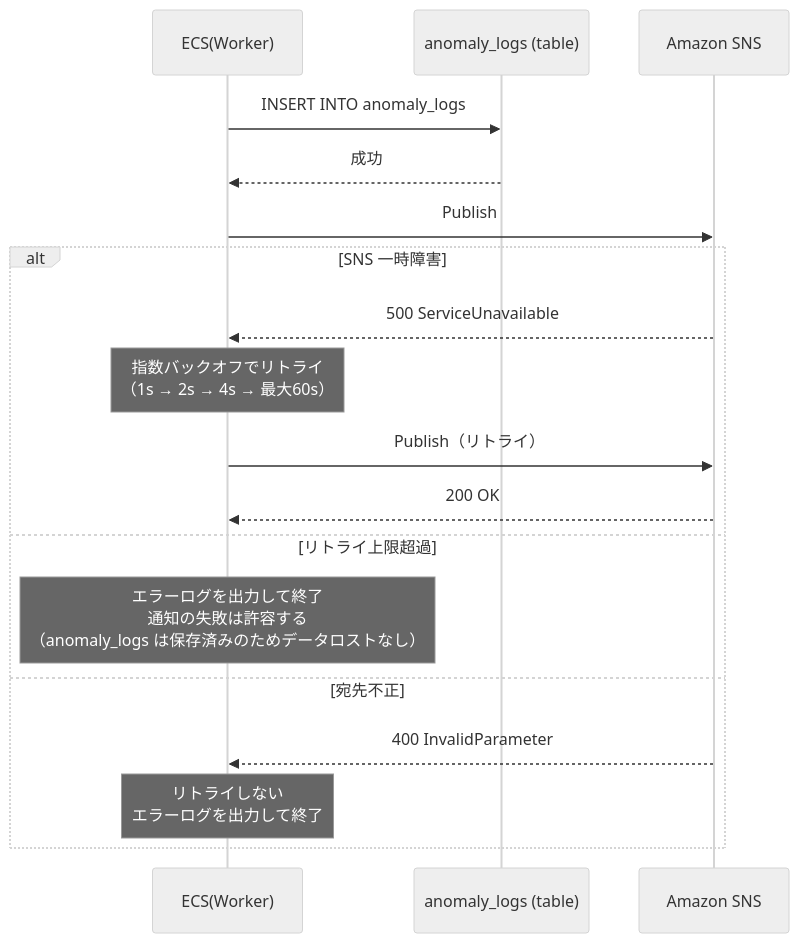
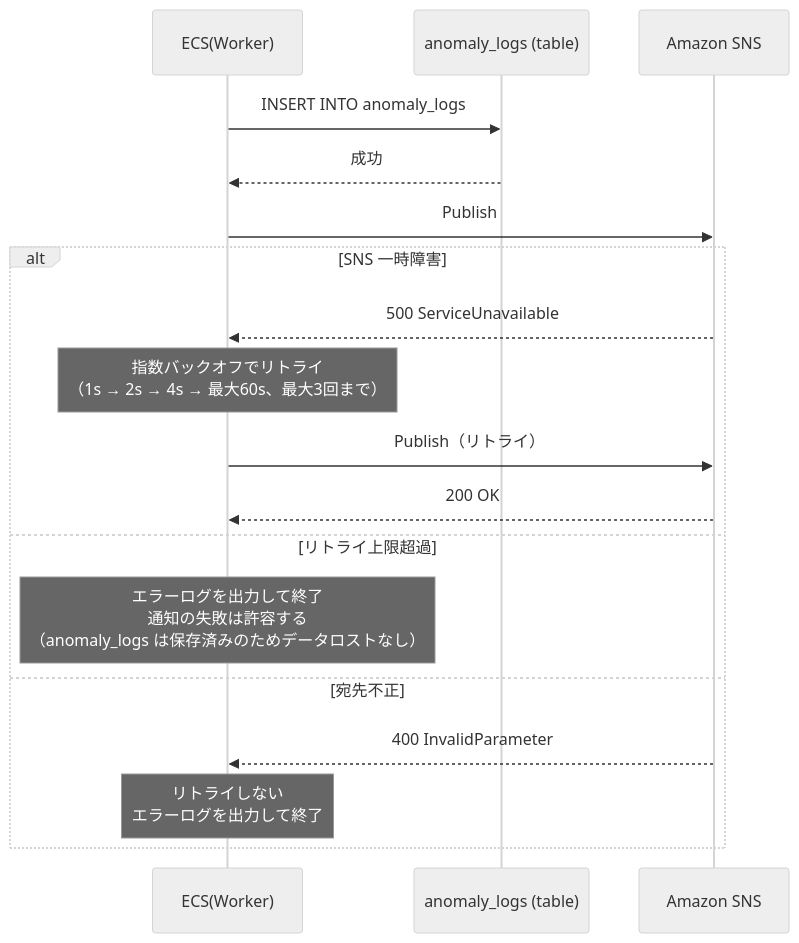
Before and after one commit to riaton/home-smart-factory: the fourth of 4 diagrams in basic_design/sequence/異常検知.md, drawn with Mermaid (neutral theme). The commit also changed other lines of this file and 5 other files, not shown here.

````diff
--- a/basic_design/sequence/異常検知.md
+++ b/basic_design/sequence/異常検知.md
@@ -100,22 +100,22 @@
 ```mermaid
 sequenceDiagram
     participant Worker as ECS(Worker)
     participant Logs as anomaly_logs (table)
     participant SNS as Amazon SNS
 
     Worker->>Logs: INSERT INTO anomaly_logs
     Logs-->>Worker: 成功
 
     Worker->>SNS: Publish
     alt SNS 一時障害
         SNS-->>Worker: 500 ServiceUnavailable
-        Note over Worker: 指数バックオフでリトライ<br/>（1s → 2s → 4s → 最大60s）
+        Note over Worker: 指数バックオフでリトライ<br/>（1s → 2s → 4s → 最大60s、最大3回まで）
         Worker->>SNS: Publish（リトライ）
         SNS-->>Worker: 200 OK
     else リトライ上限超過
         Note over Worker: エラーログを出力して終了<br/>通知の失敗は許容する<br/>（anomaly_logs は保存済みのためデータロストなし）
     else 宛先不正
         SNS-->>Worker: 400 InvalidParameter
         Note over Worker: リトライしない<br/>エラーログを出力して終了
     end
 ```
````
